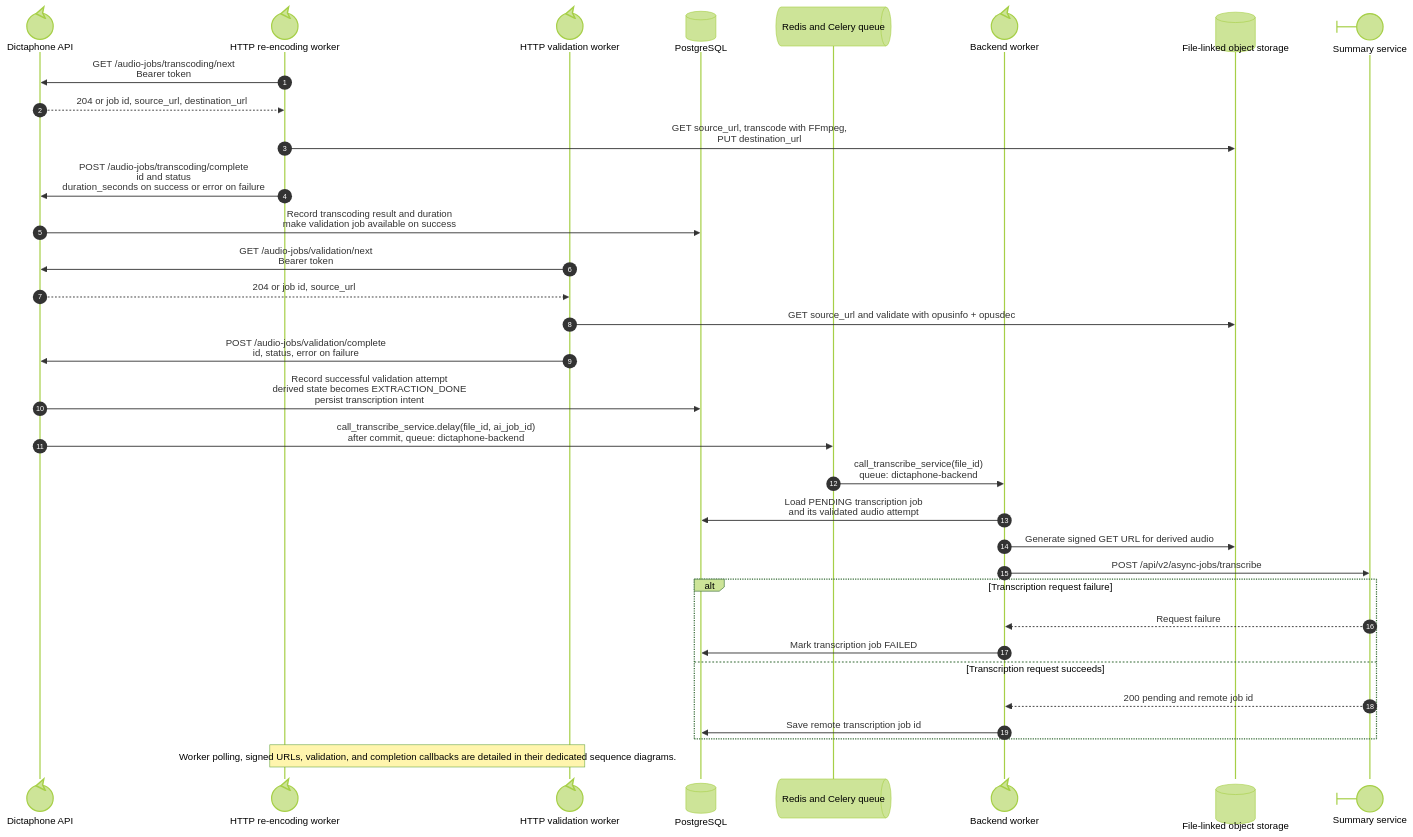
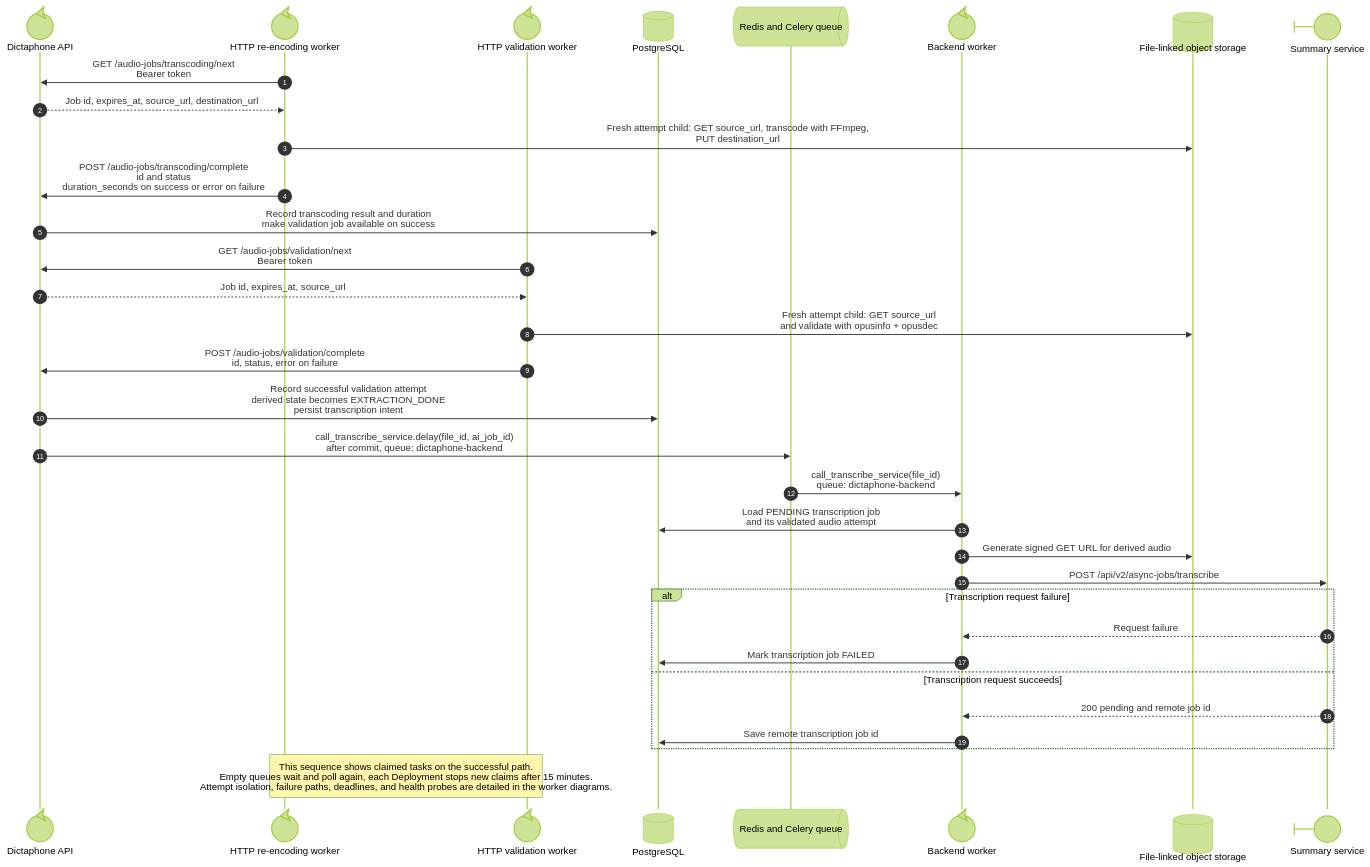
One commit to suitenumerique/dictaphone changed the diagram in docs/diagrams/file-processing-sequence.mmd. Above: the diagram before and after it, drawn with Mermaid (forest theme). The commit also changed 26 other files, not shown here.

```diff
--- a/docs/diagrams/file-processing-sequence.mmd
+++ b/docs/diagrams/file-processing-sequence.mmd
@@ -1,36 +1,36 @@
 sequenceDiagram
     autonumber
     participant API@{ "type": "control" } as Dictaphone API
     participant Reencoder@{ "type": "control" } as HTTP re-encoding worker
     participant Validator@{ "type": "control" } as HTTP validation worker
     participant DB@{ "type": "database" } as PostgreSQL
     participant Queue@{ "type": "queue" } as Redis and Celery queue
     participant Backend@{ "type": "control" } as Backend worker
     participant FileStore@{ "type": "database" } as File-linked object storage
     participant Summary@{ "type": "boundary" } as Summary service
 
     Reencoder->>API: GET /audio-jobs/transcoding/next<br/>Bearer token
-    API-->>Reencoder: 204 or job id, source_url, destination_url
-    Reencoder->>FileStore: GET source_url, transcode with FFmpeg,<br/>PUT destination_url
+    API-->>Reencoder: Job id, expires_at, source_url, destination_url
+    Reencoder->>FileStore: Fresh attempt child: GET source_url, transcode with FFmpeg,<br/>PUT destination_url
     Reencoder->>API: POST /audio-jobs/transcoding/complete<br/>id and status<br/>duration_seconds on success or error on failure
     API->>DB: Record transcoding result and duration<br/>make validation job available on success
     Validator->>API: GET /audio-jobs/validation/next<br/>Bearer token
-    API-->>Validator: 204 or job id, source_url
-    Validator->>FileStore: GET source_url and validate with opusinfo + opusdec
+    API-->>Validator: Job id, expires_at, source_url
+    Validator->>FileStore: Fresh attempt child: GET source_url<br/>and validate with opusinfo + opusdec
     Validator->>API: POST /audio-jobs/validation/complete<br/>id, status, error on failure
     API->>DB: Record successful validation attempt<br/>derived state becomes EXTRACTION_DONE<br/>persist transcription intent
     API->>Queue: call_transcribe_service.delay(file_id, ai_job_id)<br/>after commit, queue: dictaphone-backend
     Queue->>Backend: call_transcribe_service(file_id)<br/>queue: dictaphone-backend
     Backend->>DB: Load PENDING transcription job<br/>and its validated audio attempt
     Backend->>FileStore: Generate signed GET URL for derived audio
     Backend->>Summary: POST /api/v2/async-jobs/transcribe
 
     alt Transcription request failure
         Summary-->>Backend: Request failure
         Backend->>DB: Mark transcription job FAILED
     else Transcription request succeeds
         Summary-->>Backend: 200 pending and remote job id
         Backend->>DB: Save remote transcription job id
     end
 
-    Note over Reencoder,Validator: Worker polling, signed URLs, validation, and completion callbacks are detailed in their dedicated sequence diagrams.
+    Note over Reencoder,Validator: This sequence shows claimed tasks on the successful path.<br/>Empty queues wait and poll again, each Deployment stops new claims after 15 minutes.<br/>Attempt isolation, failure paths, deadlines, and health probes are detailed in the worker diagrams.
```
